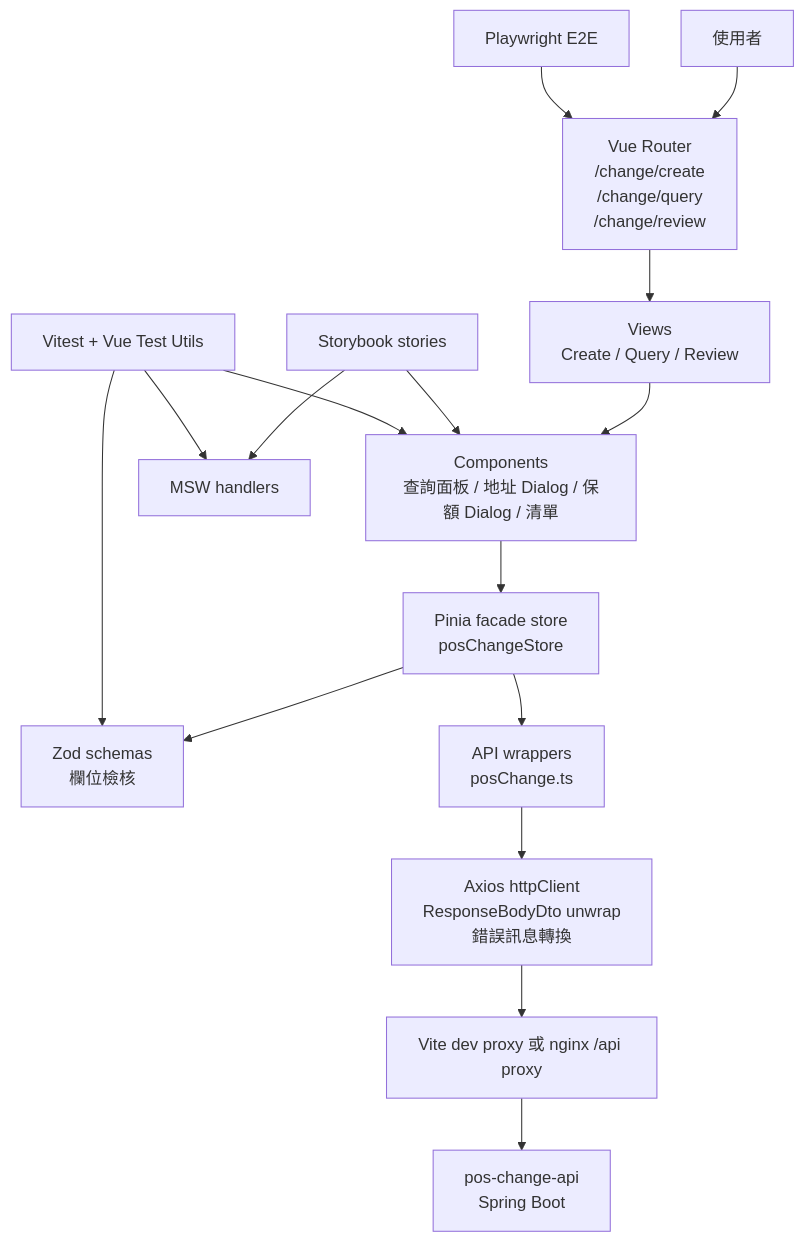
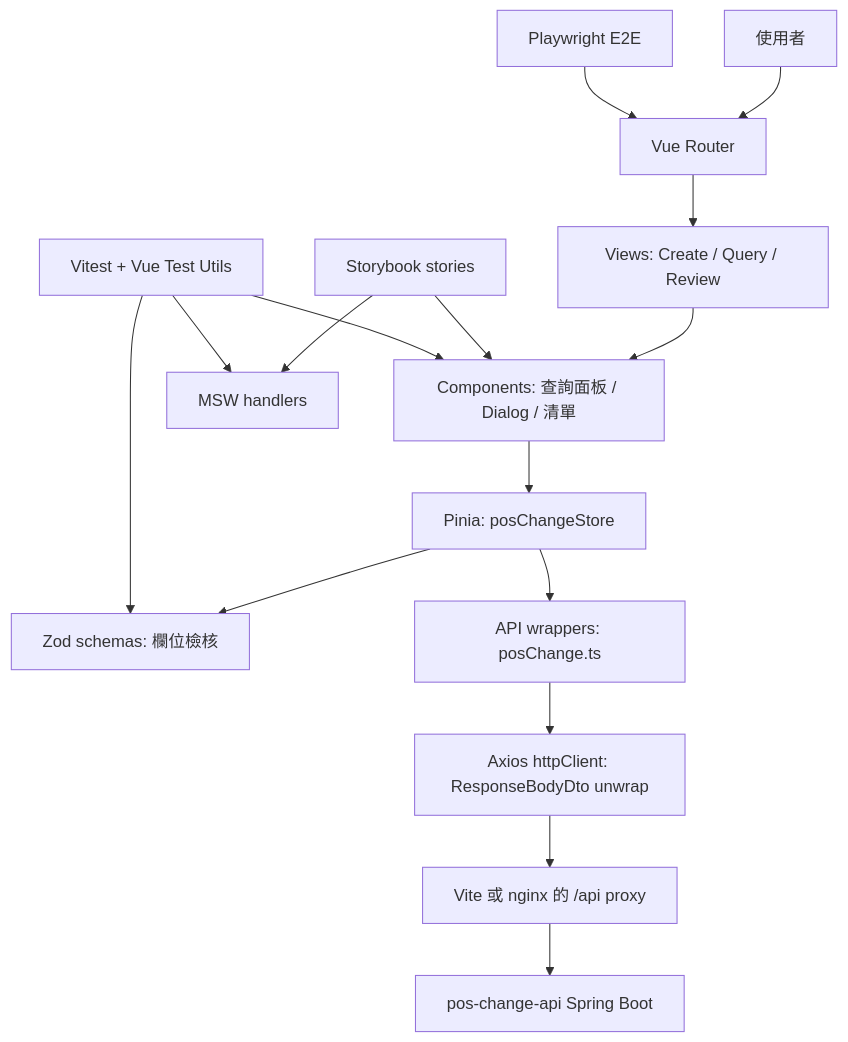
The diagram in readme.md (lin-chia-ying0630/pos-web), drawn with Mermaid before and after one commit. The commit also changed 1 other file, not shown here.

Commit message:
Restore Mermaid architecture diagram

````diff
--- a/readme.md
+++ b/readme.md
@@ -96,19 +96,18 @@
 ```mermaid
 flowchart TD
-    User["使用者"] --> Router["Vue Router<br/>/change/create<br/>/change/query<br/>/change/review"]
-    Router --> Views["Views<br/>Create / Query / Review"]
-    Views --> Components["Components<br/>查詢面板 / 地址 Dialog / 保額 Dialog / 清單"]
-    Components --> Store["Pinia facade store<br/>posChangeStore"]
-    Store --> Schemas["Zod schemas<br/>欄位檢核"]
-    Store --> Api["API wrappers<br/>posChange.ts"]
-    Api --> Http["Axios httpClient<br/>ResponseBodyDto unwrap<br/>錯誤訊息轉換"]
-    Http --> Proxy["Vite dev proxy 或 nginx /api proxy"]
-    Proxy --> Backend["pos-change-api<br/>Spring Boot"]
-
-    Stories["Storybook stories"] --> Components
-    Stories --> Msw["MSW handlers"]
-    UnitTests["Vitest + Vue Test Utils"] --> Components
-    UnitTests --> Schemas
-    UnitTests --> Msw
-    E2E["Playwright E2E"] --> Router
+    A["使用者"] --> B["Vue Router"]
+    B --> C["Views: Create / Query / Review"]
+    C --> D["Components: 查詢面板 / Dialog / 清單"]
+    D --> E["Pinia: posChangeStore"]
+    E --> F["Zod schemas: 欄位檢核"]
+    E --> G["API wrappers: posChange.ts"]
+    G --> H["Axios httpClient: ResponseBodyDto unwrap"]
+    H --> I["Vite 或 nginx 的 /api proxy"]
+    I --> J["pos-change-api Spring Boot"]
+    K["Storybook stories"] --> D
+    K --> L["MSW handlers"]
+    M["Vitest + Vue Test Utils"] --> D
+    M --> F
+    M --> L
+    N["Playwright E2E"] --> B
 ```
````
